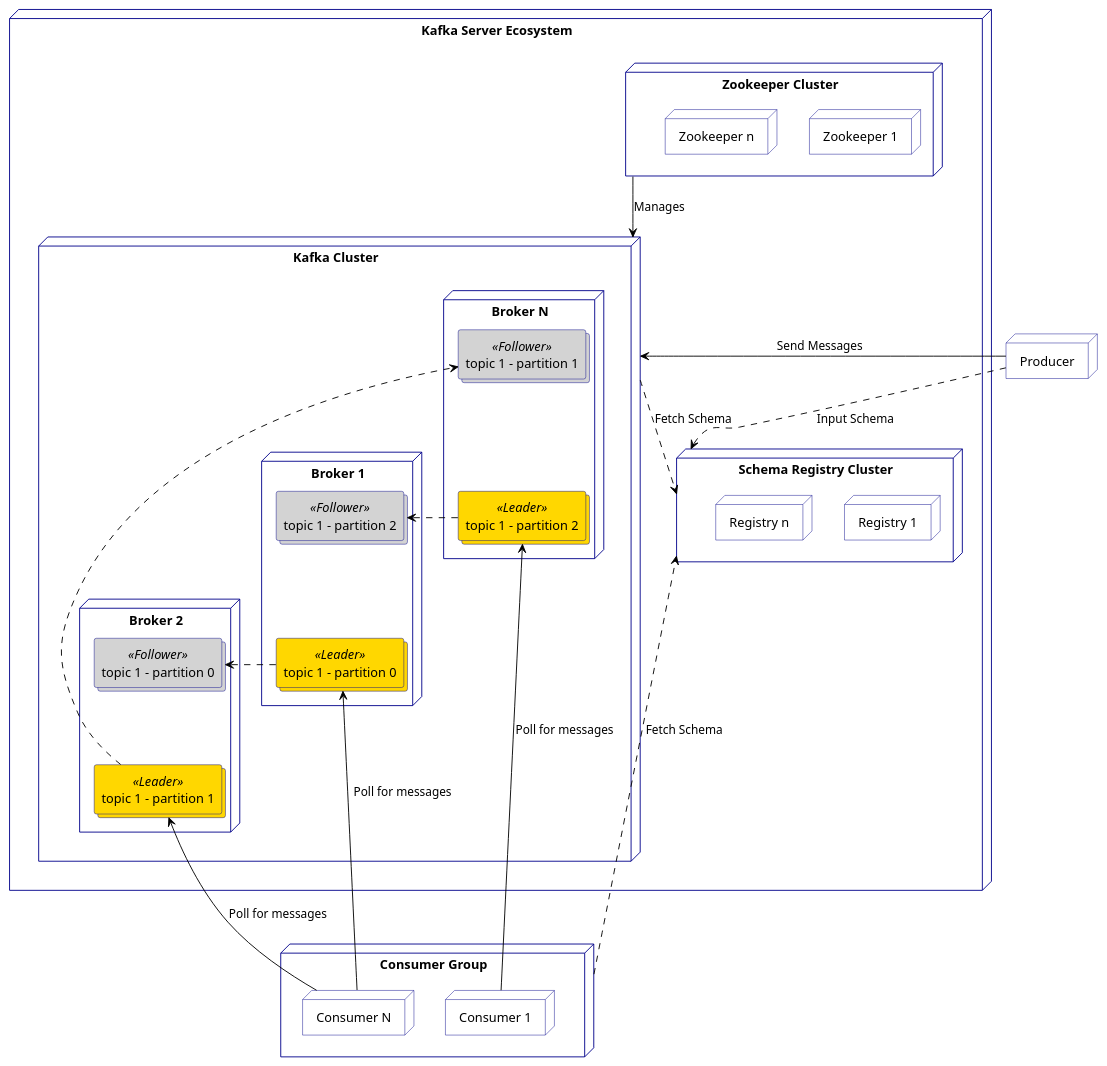
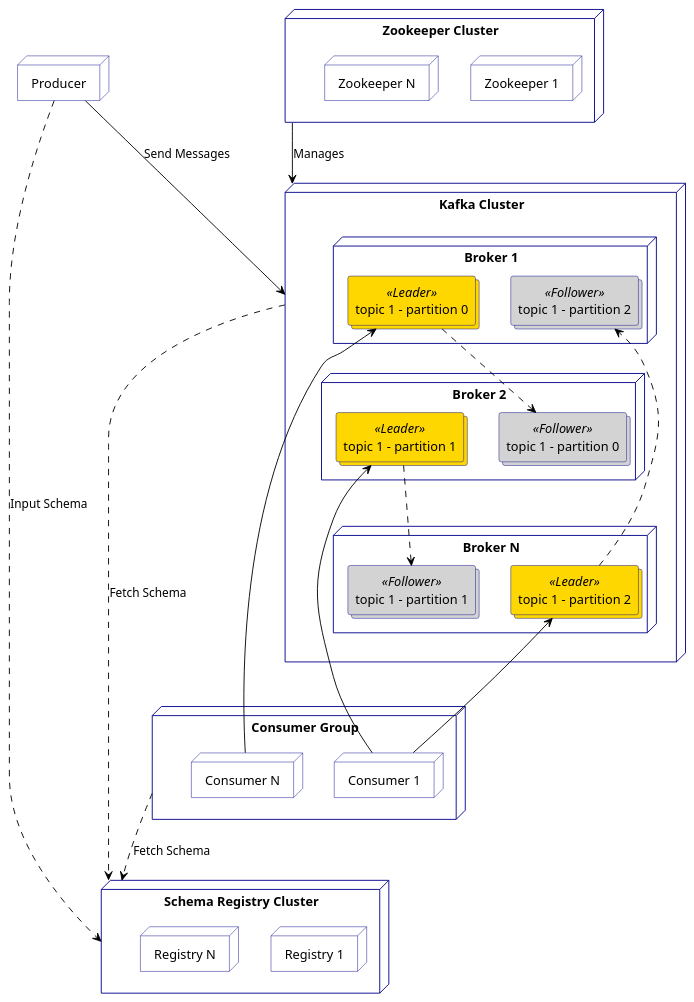
One commit to aveuiller/aveuiller.github.io changed the diagram in content/images/posts/2021-06-01_Kafka-Apprentice-Cookbook/kafka_architecture.puml. Above: the diagram before and after it, drawn with PlantUML. The commit also changed 2 other files, not shown here.

Commit message:
fix(kafka): update architecture schema for readability

```diff
--- a/content/images/posts/2021-06-01_Kafka-Apprentice-Cookbook/kafka_architecture.puml
+++ b/content/images/posts/2021-06-01_Kafka-Apprentice-Cookbook/kafka_architecture.puml
@@ -1,92 +1,76 @@
 @startuml
 <style>
 ' TODO: Export to a generic style sheet
 componentDiagram {
     LineColor darkblue
     TextColor blue
     BackGroundColor white
-    agent {
-        BackGroundColor palegreen
-    }
     .Leader {
         BackGroundColor gold
     }
     .Follower {
         BackGroundColor lightgray
-    }
-    database {
-        BackGroundColor white
-    }
-    actor {
-        LineColor black
     }
     arrow {
         LineColor black
     }
 }
 document {
   BackGroundColor white
 }
 </style>
 
 node "Producer" as prod_1
 
-node "Kafka Server Ecosystem" as kafka {
-    node "Zookeeper Cluster" as zk_cluster {
+node "Zookeeper Cluster" as zk_cluster {
 
-        node "Zookeeper 1" as zk_1
-        node "Zookeeper n" as zk_n
+    node "Zookeeper 1" as zk_1
+    node "Zookeeper N" as zk_n
+}
+
+node "Kafka Cluster" as cluster {
+    node "Broker 1" as broker_1 {
+        collections "topic 1 - partition 0" <<Leader>> as t1p0l
+        collections "topic 1 - partition 2" <<Follower>> as t1p2r
     }
+    node "Broker 2" as broker_2 {
+        collections "topic 1 - partition 0" <<Follower>> as t1p0r
+        collections "topic 1 - partition 1" <<Leader>> as t1p1l
+    }
+    node "Broker N" as broker_n {
+       collections "topic 1 - partition 2" <<Leader>> as t1p2l
+        collections "topic 1 - partition 1" <<Follower>> as t1p1r
+  }
+}
 
-    node "Kafka Cluster" as cluster {
-        node "Broker 1" as broker_1 {
-            collections "topic 1 - partition 0" <<Leader>> as t1p0l
-            collections "topic 1 - partition 2" <<Follower>> as t1p2r
-        }
-        node "Broker 2" as broker_2 {
-            collections "topic 1 - partition 0" <<Follower>> as t1p0r
-            collections "topic 1 - partition 1" <<Leader>> as t1p1l
-        }
-        node "Broker N" as broker_n {
-           collections "topic 1 - partition 2" <<Leader>> as t1p2l
-            collections "topic 1 - partition 1" <<Follower>> as t1p1r
-      }
-    }
-
-    node "Schema Registry Cluster" as reg {
-        node "Registry 1" as reg_1
-        node "Registry n" as reg_n
-    }
-
-    zk_cluster --> cluster: Manages
-    cluster    ..> reg: Fetch Schema
-
-    ' Formatting
-    t1p2r -[hidden]- t1p0l
-    t1p0r -[hidden]- t1p1l
-    t1p1r -[hidden]- t1p2l
-
-    t1p0l .> t1p0r
-    t1p1l .> t1p1r
-    t1p2l .> t1p2r
+node "Schema Registry Cluster" as reg {
+    node "Registry 1" as reg_1
+    node "Registry N" as reg_n
 }
 
 node "Consumer Group" as cg_a {
     node "Consumer 1" as cons_a1
     node "Consumer N" as cons_an
 }
 
+zk_cluster --> cluster: Manages
+cluster    .> reg: Fetch Schema
+
+t1p0l ..> t1p0r
+t1p1l ..> t1p1r
+t1p2l ..> t1p2r
+
 ' Producer -> Kafka
-prod_1 -> cluster: Send Messages
+prod_1 --> cluster: Send Messages
 
 ' Kaf-ka -> Consumer
-t1p0l <--- cons_an: Poll for messages
-t1p1l <--- cons_an: Poll for messages
-t1p2l <--- cons_a1: Poll for messages
+t1p0l <-- cons_an
+t1p1l <-- cons_a1
+t1p2l <-- cons_a1
 
 ' Registry Handling
 prod_1 .> reg: Input Schema
 cg_a ..> reg: Fetch Schema
 
 
 @enduml
```
